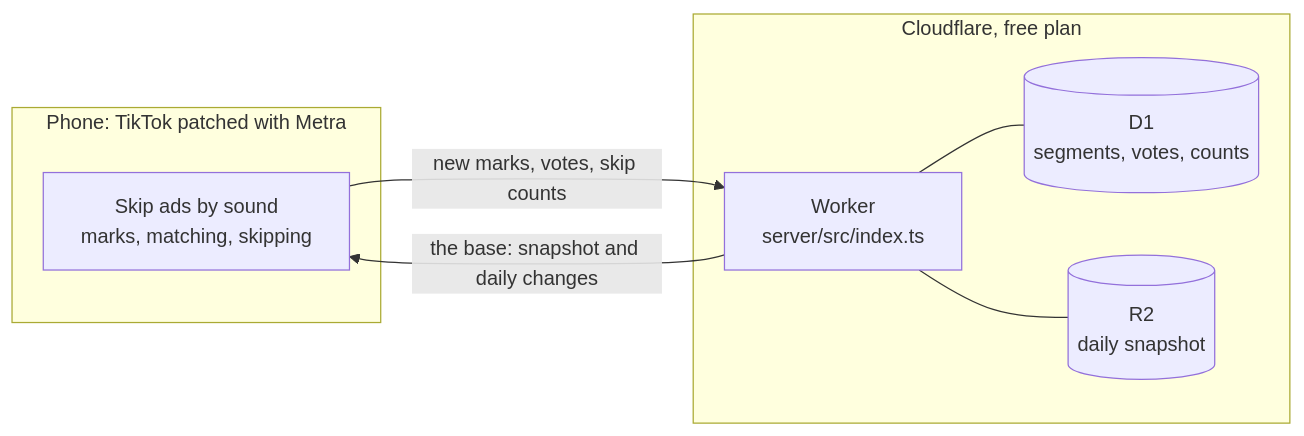
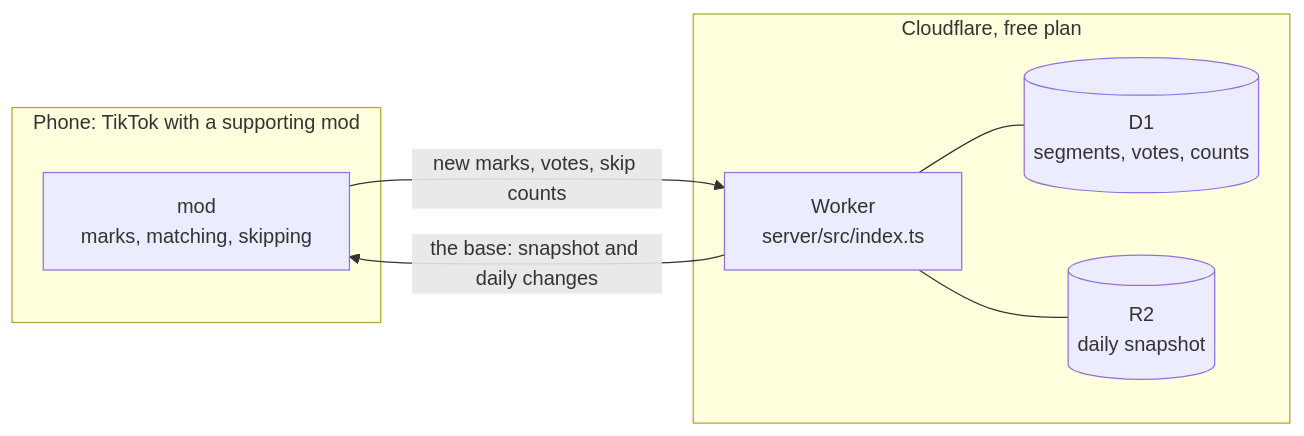
The diagram in README.md (MidTano/tiktok-sponsorblock), drawn with Mermaid before and after one commit. The commit also changed other lines of this file and 12 other files, not shown here.

First line of the commit message:
Docs: present the repository as a server any TikTok mod can use, with Metra as one client

````diff
--- a/README.md
+++ b/README.md
@@ -46,15 +42,15 @@
 ```mermaid
 flowchart LR
-  subgraph Phone["Phone: TikTok patched with Metra"]
-    Patch["Skip ads by sound<br/>marks, matching, skipping"]
+  subgraph Phone["Phone: TikTok with a supporting mod"]
+    Mod["mod<br/>marks, matching, skipping"]
   end
   subgraph Cloudflare["Cloudflare, free plan"]
     Worker["Worker<br/>server/src/index.ts"]
     D1[("D1<br/>segments, votes, counts")]
     R2[("R2<br/>daily snapshot")]
   end
-  Patch -- "new marks, votes, skip counts" --> Worker
-  Worker -- "the base: snapshot and daily changes" --> Patch
+  Mod -- "new marks, votes, skip counts" --> Worker
+  Worker -- "the base: snapshot and daily changes" --> Mod
   Worker --- D1
   Worker --- R2
 ```
````
